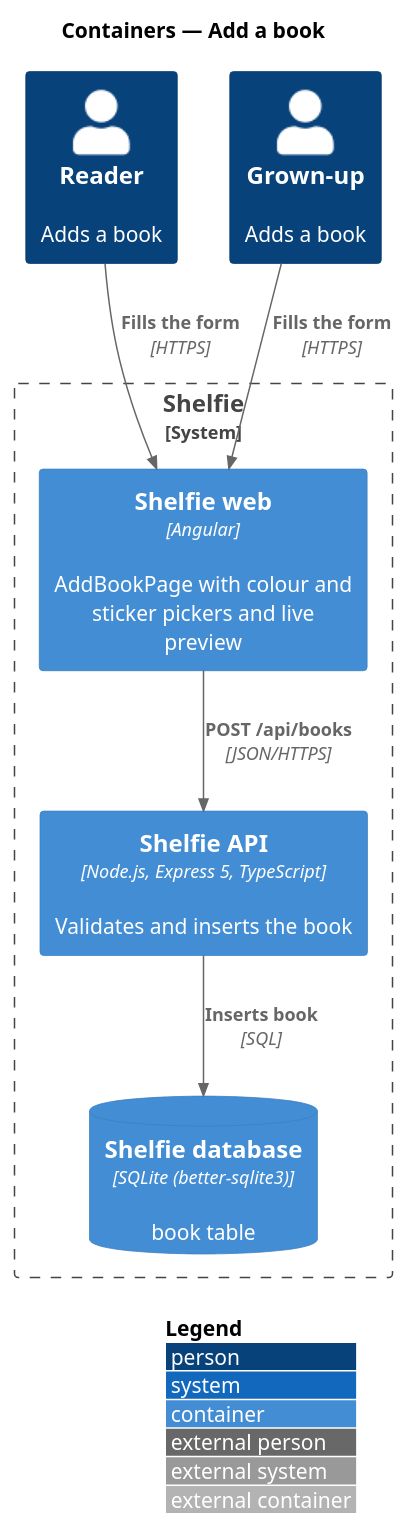
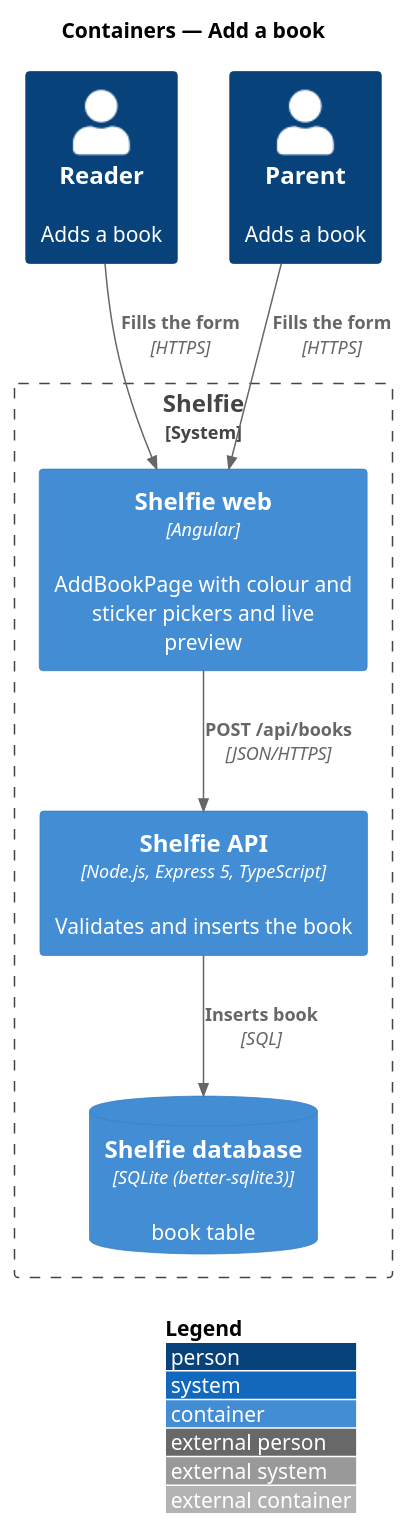
One commit to QuinntyneBrown/shelfie changed the diagram in docs/detailed-designs/books/add-book/diagrams/c4-container.puml. Above: the diagram before and after it, drawn with PlantUML. The commit also changed 313 other files, not shown here.

```diff
--- a/docs/detailed-designs/books/add-book/diagrams/c4-container.puml
+++ b/docs/detailed-designs/books/add-book/diagrams/c4-container.puml
@@ -1,17 +1,17 @@
 @startuml
 !include <C4/C4_Container>
 LAYOUT_WITH_LEGEND()
 title Containers — Add a book
 
 Person(reader, "Reader", "Adds a book")
-Person(grownUp, "Grown-up", "Adds a book")
+Person(grownUp, "Parent", "Adds a book")
 System_Boundary(shelfie, "Shelfie") {
   Container(web, "Shelfie web", "Angular", "AddBookPage with colour and sticker pickers and live preview")
   Container(api, "Shelfie API", "Node.js, Express 5, TypeScript", "Validates and inserts the book")
   ContainerDb(db, "Shelfie database", "SQLite (better-sqlite3)", "book table")
 }
 Rel(reader, web, "Fills the form", "HTTPS")
 Rel(grownUp, web, "Fills the form", "HTTPS")
 Rel(web, api, "POST /api/books", "JSON/HTTPS")
 Rel(api, db, "Inserts book", "SQL")
 @enduml
```
